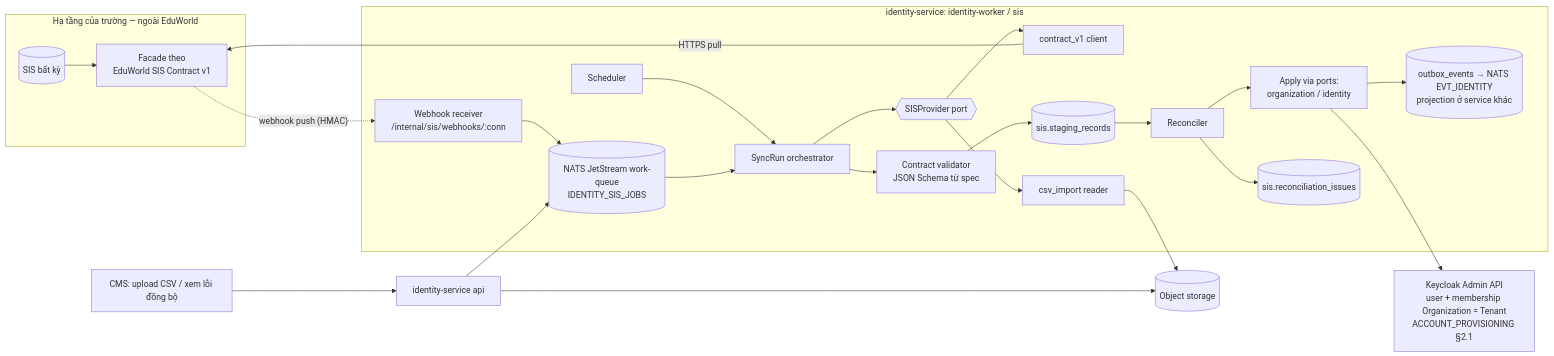
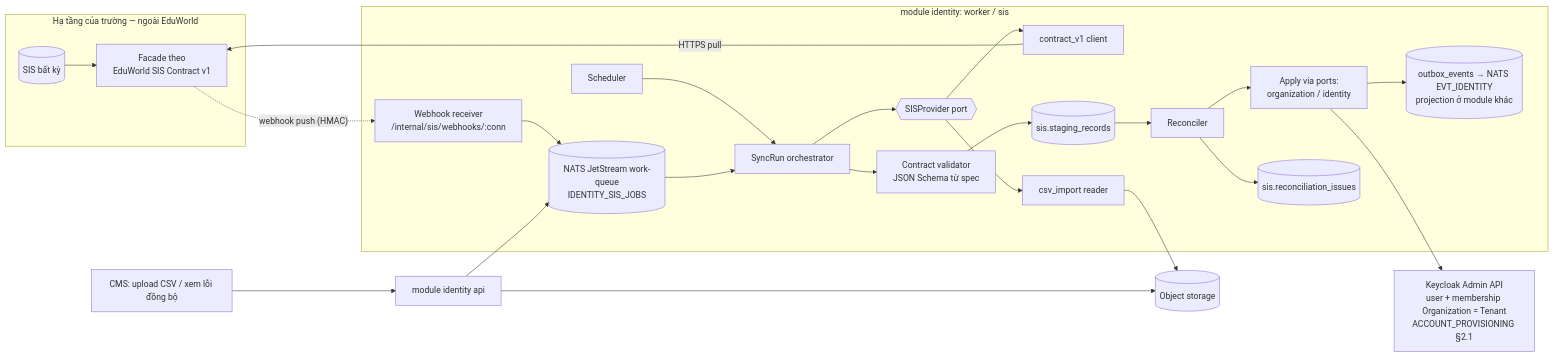
Before and after one commit to tanguyen2020/eduworld-platform: the first of 3 diagrams in docs/09-identity/SIS_INTEGRATION.md, drawn with Mermaid. The commit also changed other lines of this file and 922 other files, not shown here.

````diff
--- a/docs/09-identity/SIS_INTEGRATION.md
+++ b/docs/09-identity/SIS_INTEGRATION.md
@@ -90,27 +88,27 @@
 ```mermaid
 flowchart LR
   subgraph school[Hạ tầng của trường — ngoài EduWorld]
     sis[(SIS bất kỳ)] --> facade[Facade theo\nEduWorld SIS Contract v1]
   end
-  subgraph worker[identity-service: identity-worker / sis]
+  subgraph worker[module identity: worker / sis]
     sch[Scheduler] --> run[SyncRun orchestrator]
     wh[Webhook receiver\n/internal/sis/webhooks/:conn] --> q[(NATS JetStream work-queue\nIDENTITY_SIS_JOBS)]
     q --> run
     run --> port{{SISProvider port}}
     port --> cc[contract_v1 client]
     port --> csv[csv_import reader]
     run --> val[Contract validator\nJSON Schema từ spec]
     val --> stg[(sis.staging_records)]
     stg --> rec[Reconciler]
     rec --> apply[Apply via ports:\norganization / identity]
     rec --> iss[(sis.reconciliation_issues)]
-    apply --> ob[(outbox_events → NATS EVT_IDENTITY\nprojection ở service khác)]
+    apply --> ob[(outbox_events → NATS EVT_IDENTITY\nprojection ở module khác)]
   end
-  cms[CMS: upload CSV / xem lỗi đồng bộ] --> api[identity-service api]
+  cms[CMS: upload CSV / xem lỗi đồng bộ] --> api[module identity api]
   api --> obj[(Object storage)]
   api --> q
   csv --> obj
   cc -- HTTPS pull --> facade
   facade -. webhook push (HMAC) .-> wh
   apply --> kc[Keycloak Admin API\nuser + membership Organization = Tenant\nACCOUNT_PROVISIONING §2.1]
 ```
````
